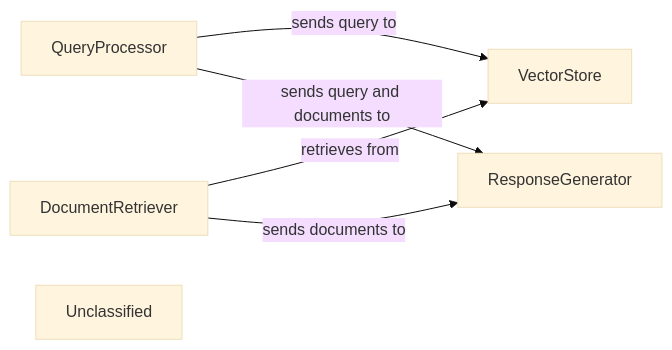
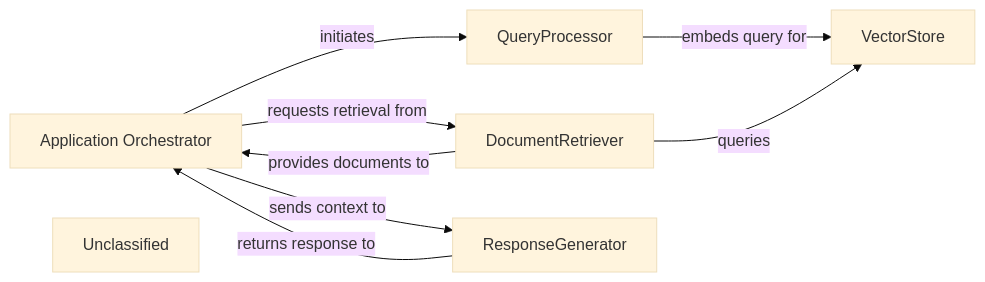
Before and after one commit to mariyam866/CodeBoarding: the diagram in .codeboarding/AI_Interpretation_Layer.md, drawn with Mermaid (base theme). The commit also changed other lines of this file and 15 other files, not shown here.

First line of the commit message:
docs: update codeboarding documentation and generate architecture

````diff
--- a/.codeboarding/AI_Interpretation_Layer.md
+++ b/.codeboarding/AI_Interpretation_Layer.md
@@ -1,12 +1,16 @@
 ```mermaid
 graph LR
+    Application_Orchestrator["Application Orchestrator"]
     QueryProcessor["QueryProcessor"]
     VectorStore["VectorStore"]
     DocumentRetriever["DocumentRetriever"]
     ResponseGenerator["ResponseGenerator"]
     Unclassified["Unclassified"]
-    QueryProcessor -- "sends query to" --> VectorStore
-    DocumentRetriever -- "retrieves from" --> VectorStore
-    DocumentRetriever -- "sends documents to" --> ResponseGenerator
-    QueryProcessor -- "sends query and documents to" --> ResponseGenerator
+    Application_Orchestrator -- "initiates" --> QueryProcessor
+    QueryProcessor -- "embeds query for" --> VectorStore
+    Application_Orchestrator -- "requests retrieval from" --> DocumentRetriever
+    DocumentRetriever -- "queries" --> VectorStore
+    DocumentRetriever -- "provides documents to" --> Application_Orchestrator
+    Application_Orchestrator -- "sends context to" --> ResponseGenerator
+    ResponseGenerator -- "returns response to" --> Application_Orchestrator
 ```
````
